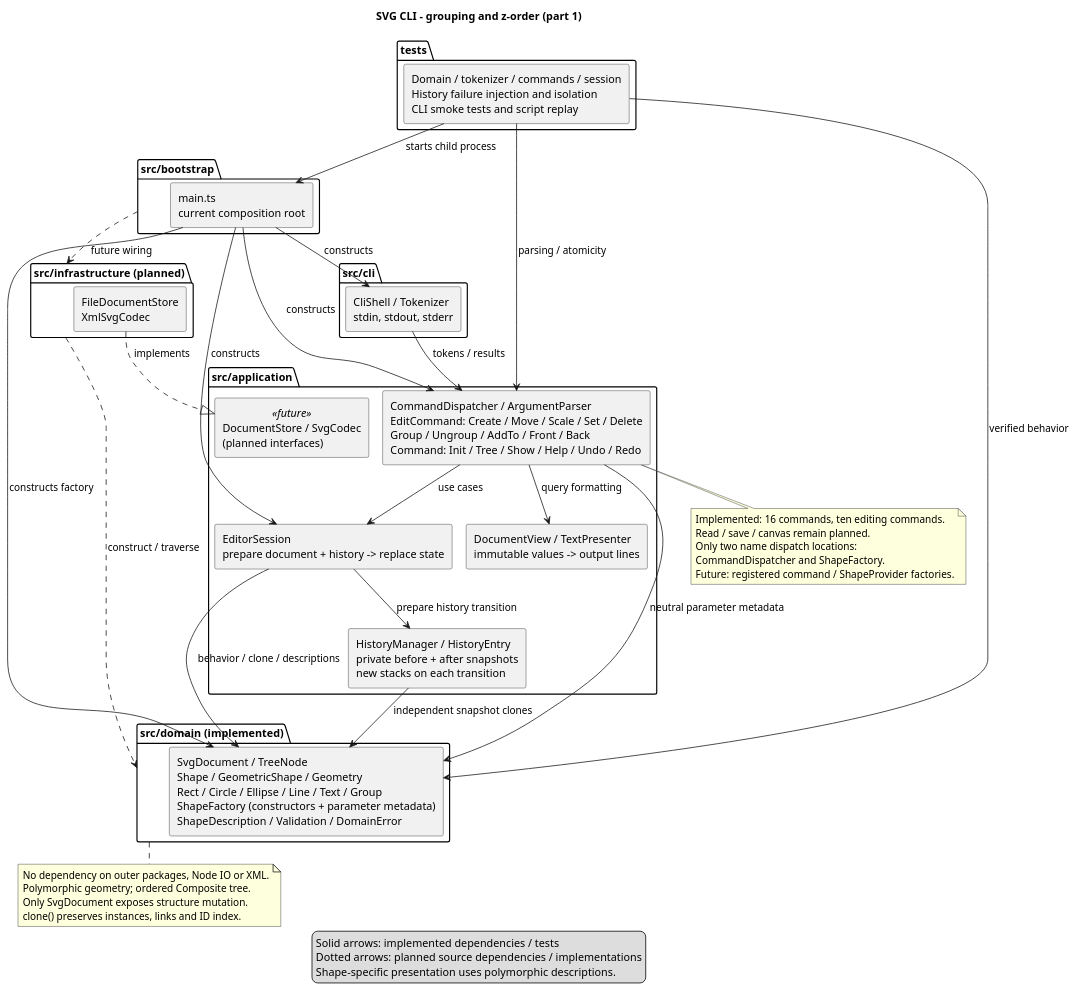
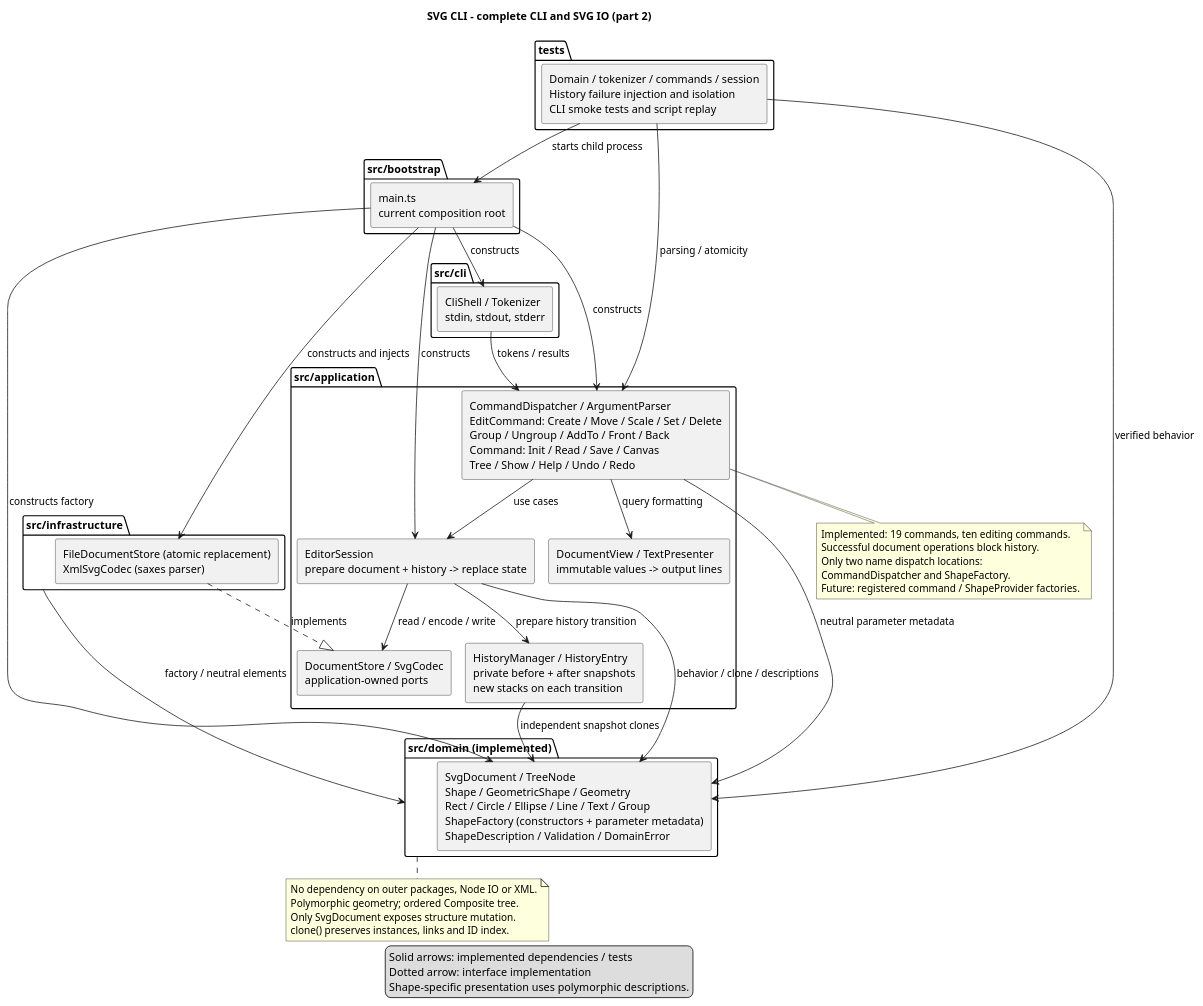
One commit to arcflute/svg-editor-cli changed the diagram in doc/architecture.puml. Above: the diagram before and after it, drawn with PlantUML. The commit also changed 33 other files, not shown here.

Commit message:
feat: add SVG file IO and canvas document transactions

```diff
--- a/doc/architecture.puml
+++ b/doc/architecture.puml
@@ -1,66 +1,67 @@
 @startuml
 !pragma layout smetana
-title SVG CLI - grouping and z-order (part 1)
+title SVG CLI - complete CLI and SVG IO (part 2)
 skinparam componentStyle rectangle
 skinparam shadowing false
 
 package "src/bootstrap" as Bootstrap {
   component "main.ts\ncurrent composition root" as Main
 }
 package "src/cli" as CLI {
   component "CliShell / Tokenizer\nstdin, stdout, stderr" as Shell
 }
 package "src/application" as Application {
-  component "CommandDispatcher / ArgumentParser\nEditCommand: Create / Move / Scale / Set / Delete\nGroup / Ungroup / AddTo / Front / Back\nCommand: Init / Tree / Show / Help / Undo / Redo" as Commands
+  component "CommandDispatcher / ArgumentParser\nEditCommand: Create / Move / Scale / Set / Delete\nGroup / Ungroup / AddTo / Front / Back\nCommand: Init / Read / Save / Canvas\nTree / Show / Help / Undo / Redo" as Commands
   component "EditorSession\nprepare document + history -> replace state" as Session
   component "HistoryManager / HistoryEntry\nprivate before + after snapshots\nnew stacks on each transition" as History
   component "DocumentView / TextPresenter\nimmutable values -> output lines" as Presentation
-  component "DocumentStore / SvgCodec\n(planned interfaces)" as Ports <<future>>
+  component "DocumentStore / SvgCodec\napplication-owned ports" as Ports
 }
 package "src/domain (implemented)" as Domain {
   component "SvgDocument / TreeNode\nShape / GeometricShape / Geometry\nRect / Circle / Ellipse / Line / Text / Group\nShapeFactory (constructors + parameter metadata)\nShapeDescription / Validation / DomainError" as Model
 }
-package "src/infrastructure (planned)" as Infrastructure {
-  component "FileDocumentStore\nXmlSvgCodec" as Adapters
+package "src/infrastructure" as Infrastructure {
+  component "FileDocumentStore (atomic replacement)\nXmlSvgCodec (saxes parser)" as Adapters
 }
 package "tests" as Tests {
   component "Domain / tokenizer / commands / session\nHistory failure injection and isolation\nCLI smoke tests and script replay" as Checks
 }
 
 Main --> Shell : constructs
 Main --> Commands : constructs
 Main --> Session : constructs
 Main --> Model : constructs factory
-Bootstrap ..> Infrastructure : future wiring
+Main --> Adapters : constructs and injects
 Shell --> Commands : tokens / results
 Commands --> Session : use cases
 Commands --> Presentation : query formatting
 Session --> Model : behavior / clone / descriptions
 Session --> History : prepare history transition
 History --> Model : independent snapshot clones
 Commands --> Model : neutral parameter metadata
 Adapters ..|> Ports : implements
-Infrastructure ..> Domain : construct / traverse
+Session --> Ports : read / encode / write
+Infrastructure --> Domain : factory / neutral elements
 Checks --> Model : verified behavior
 Checks --> Commands : parsing / atomicity
 Checks --> Main : starts child process
 
 note bottom of Domain
   No dependency on outer packages, Node IO or XML.
   Polymorphic geometry; ordered Composite tree.
   Only SvgDocument exposes structure mutation.
   clone() preserves instances, links and ID index.
 end note
 note bottom of Commands
-  Implemented: 16 commands, ten editing commands.
-  Read / save / canvas remain planned.
+  Implemented: 19 commands, ten editing commands.
+  Successful document operations block history.
   Only two name dispatch locations:
   CommandDispatcher and ShapeFactory.
   Future: registered command / ShapeProvider factories.
 end note
 legend bottom
   Solid arrows: implemented dependencies / tests
-  Dotted arrows: planned source dependencies / implementations
+  Dotted arrow: interface implementation
   Shape-specific presentation uses polymorphic descriptions.
 endlegend
 @enduml
```
